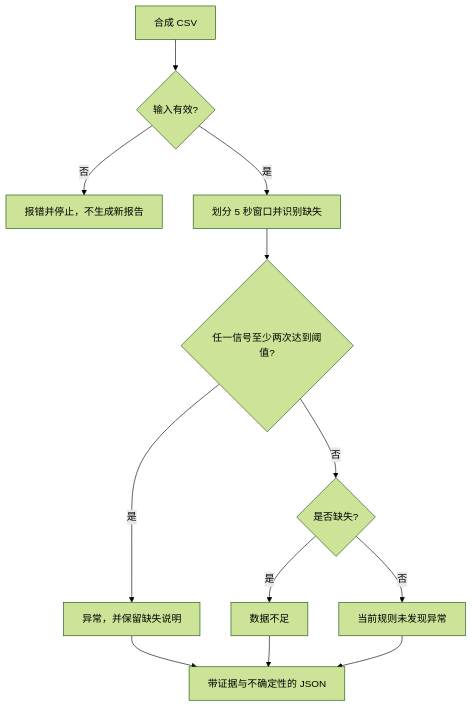
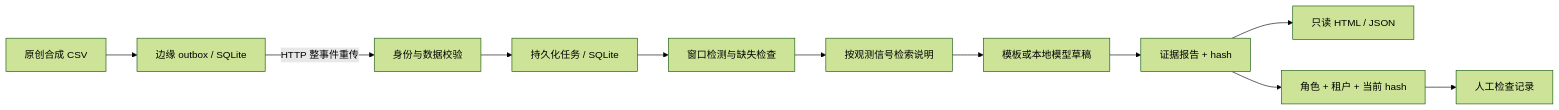
One commit to cfrs2005/leanagentbook changed the first of 2 diagrams in chapters/24-robot-diagnosis.md. Above: the diagram before and after it, drawn with Mermaid (forest theme). The commit also changed other lines of this file and 99 other files, not shown here.

````diff
--- a/chapters/24-robot-diagnosis.md
+++ b/chapters/24-robot-diagnosis.md
@@ -81,14 +56,13 @@
 ```mermaid
-flowchart TD
-    Input[合成 CSV] --> Validate{输入有效?}
-    Validate -->|否| Error[报错并停止，不生成新报告]
-    Validate -->|是| Window[划分 5 秒窗口并识别缺失]
-    Window --> Rule{任一信号至少两次达到阈值?}
-    Rule -->|是| Abnormal[异常，并保留缺失说明]
-    Rule -->|否| Missing{是否缺失?}
-    Missing -->|是| Unknown[数据不足]
-    Missing -->|否| Normal[当前规则未发现异常]
-    Abnormal --> Report[带证据与不确定性的 JSON]
-    Unknown --> Report
-    Normal --> Report
+flowchart LR
+    CSV[原创合成 CSV] --> Edge[边缘 outbox / SQLite]
+    Edge -->|HTTP 整事件重传| Ingest[身份与数据校验]
+    Ingest --> Queue[持久化任务 / SQLite]
+    Queue --> Rule[窗口检测与缺失检查]
+    Rule --> KB[按观测信号检索说明]
+    KB --> Draft[模板或本地模型草稿]
+    Draft --> Report[证据报告 + hash]
+    Report --> View[只读 HTML / JSON]
+    Report --> Gate[角色 + 租户 + 当前 hash]
+    Gate --> Inspection[人工检查记录]
 ```
````
